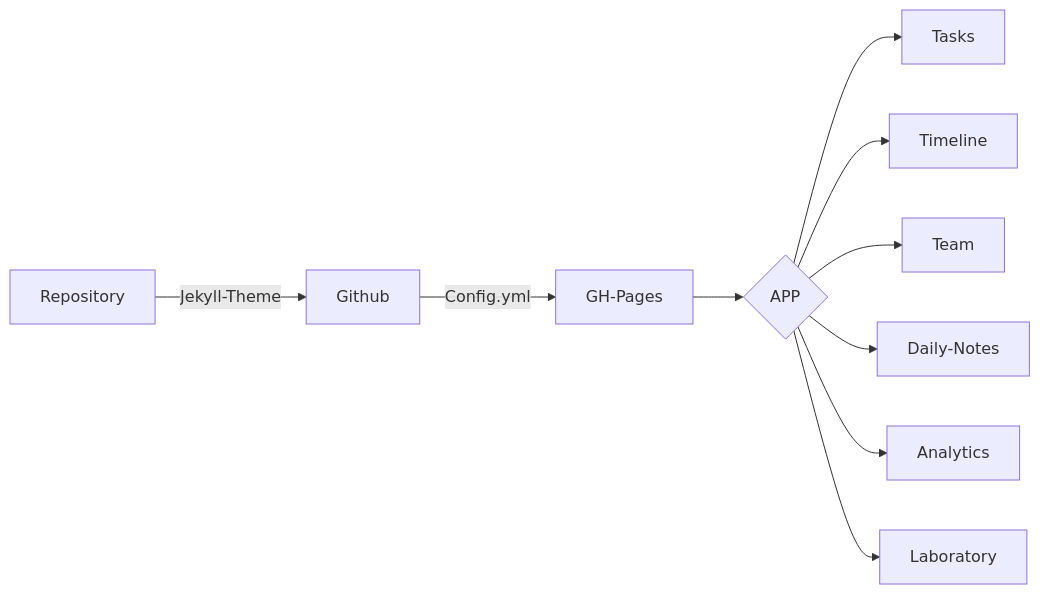
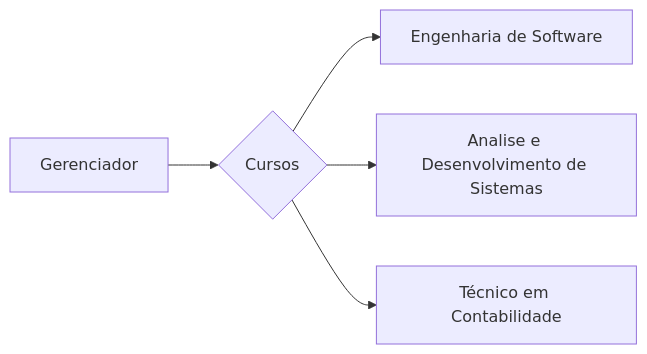
The diagram in Courses/readme.md (SauloCandeira/project-courses), drawn with Mermaid before and after one commit. The commit also changed other lines of this file, not shown here.

````diff
--- a/Courses/readme.md
+++ b/Courses/readme.md
@@ -17,14 +19,10 @@
 ```mermaid
 flowchart LR
-X[Repository] -->|Jekyll-Theme| A[Jekyll]
-A[Github] -->|Config.yml| B[GH-Pages]
 
-B --> C{APP}
-C --> J[Tasks]
-C --> K[Timeline]
-C --> L[Team]
-C --> M[Daily-Notes]
-C --> N[Analytics]
-C --> O[Laboratory]
+B[Gerenciador]
 
+B --> C{Cursos}
+C --> J[Engenharia de Software]
+C --> K[Analise e Desenvolvimento de Sistemas]
+C --> L[Técnico em Contabilidade]
 ```
````
